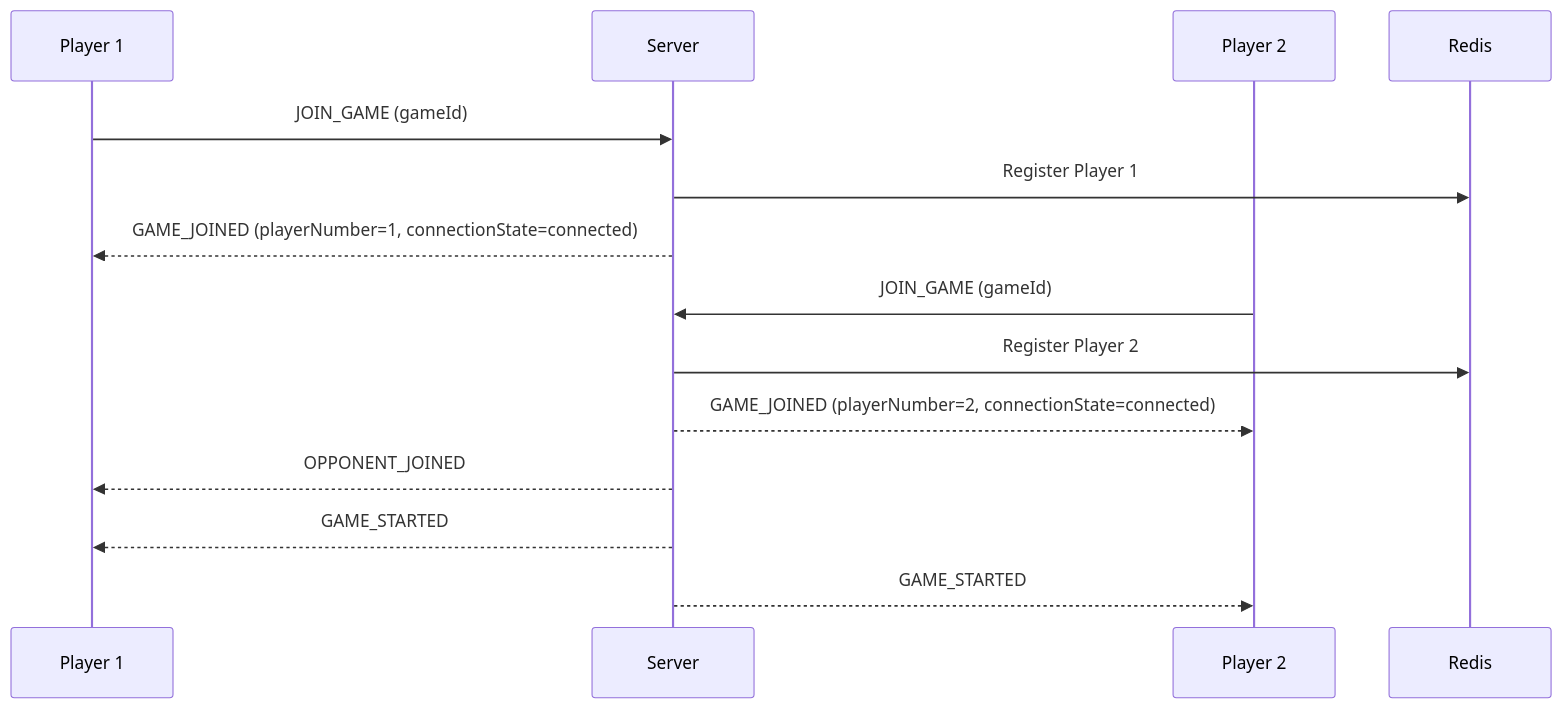
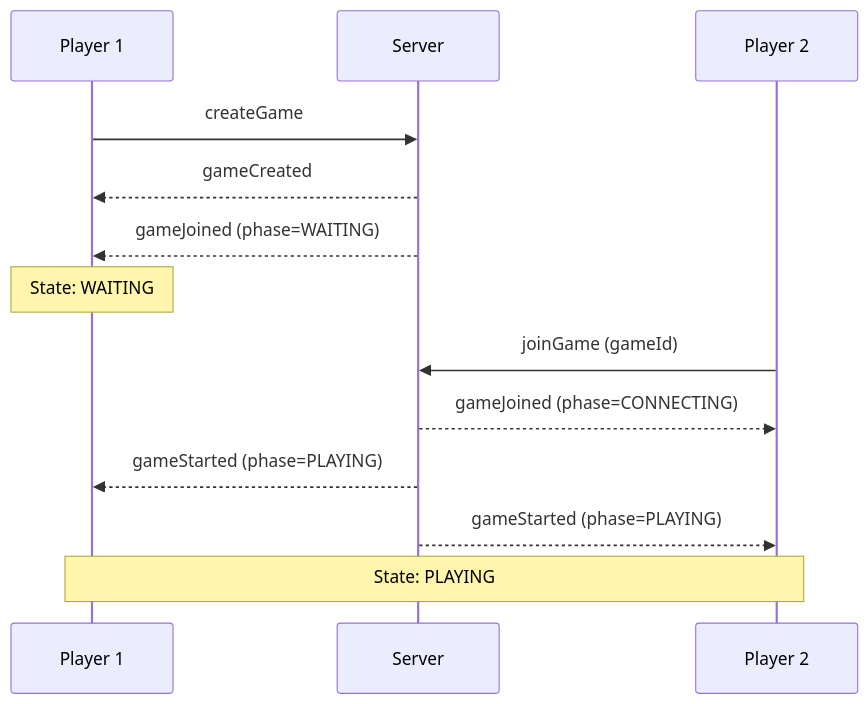
Before and after one commit to vcb88/ctorgame: the third of 5 diagrams in docs/GAME_FLOW.md, drawn with Mermaid. The commit also changed other lines of this file, not shown here.

Commit message:
docs: update game flow documentation with new state machine and event protocol

````diff
--- a/docs/GAME_FLOW.md
+++ b/docs/GAME_FLOW.md
@@ -156,18 +121,17 @@
 ```mermaid
 sequenceDiagram
     participant P1 as Player 1
     participant Server
     participant P2 as Player 2
-    participant Redis
     
-    P1->>Server: JOIN_GAME (gameId)
-    Server->>Redis: Register Player 1
-    Server-->>P1: GAME_JOINED (playerNumber=1, connectionState=connected)
+    P1->>Server: createGame
+    Server-->>P1: gameCreated
+    Server-->>P1: gameJoined (phase=WAITING)
+    Note over P1: State: WAITING
     
-    P2->>Server: JOIN_GAME (gameId)
-    Server->>Redis: Register Player 2
-    Server-->>P2: GAME_JOINED (playerNumber=2, connectionState=connected)
-    Server-->>P1: OPPONENT_JOINED
-    Server-->>P1: GAME_STARTED
-    Server-->>P2: GAME_STARTED
+    P2->>Server: joinGame (gameId)
+    Server-->>P2: gameJoined (phase=CONNECTING)
+    Server-->>P1: gameStarted (phase=PLAYING)
+    Server-->>P2: gameStarted (phase=PLAYING)
+    Note over P1,P2: State: PLAYING
 ```
````
